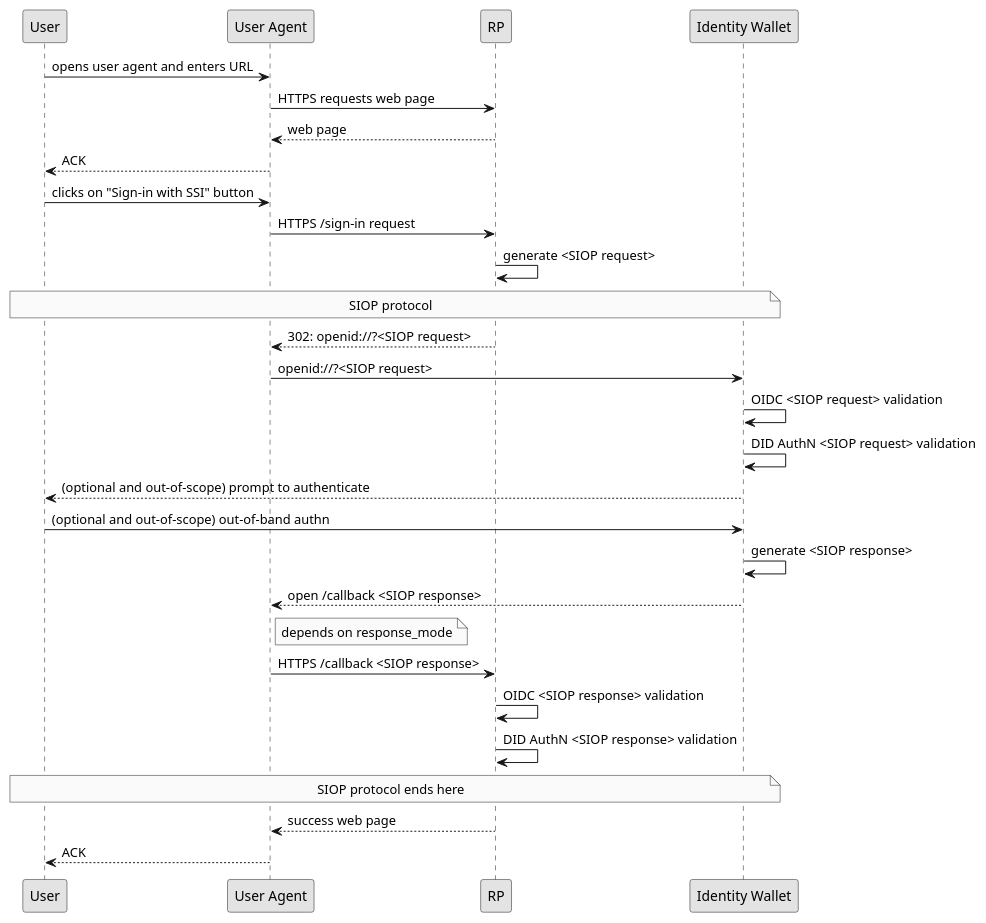
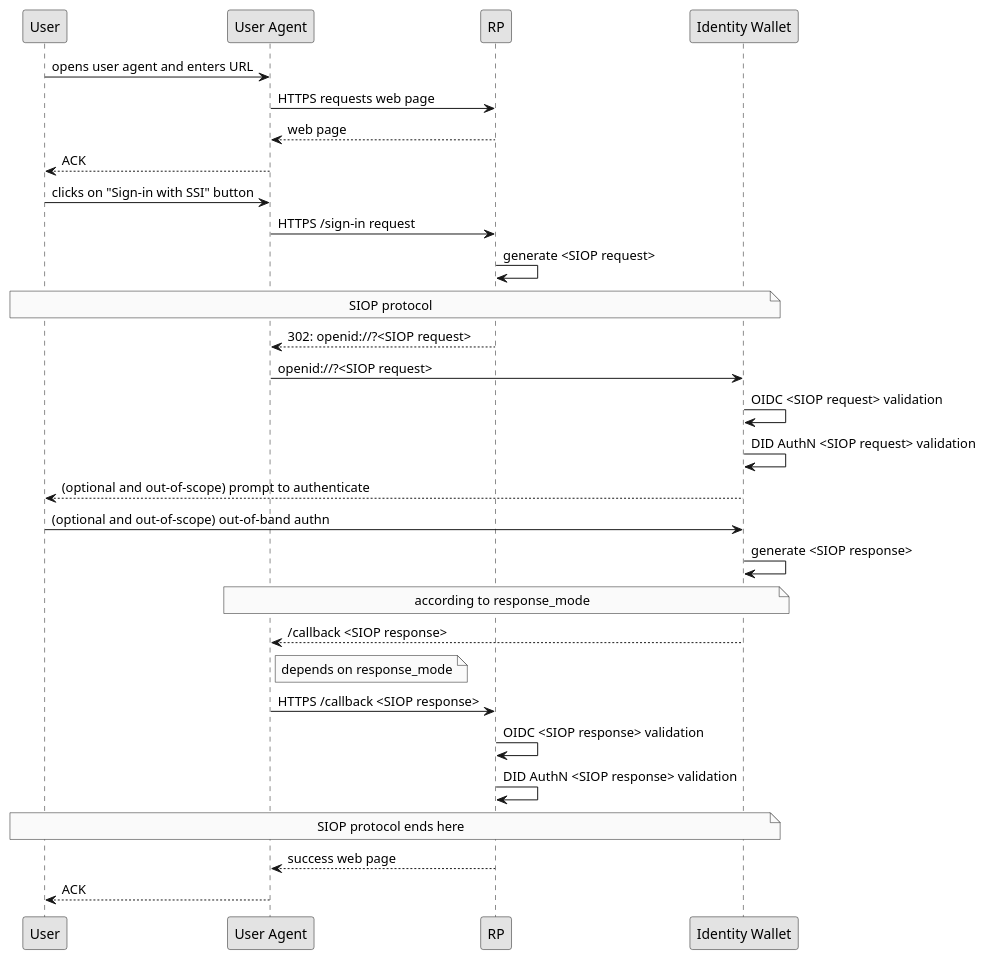
One commit to decentralized-identity/papers changed the diagram in did-authn/siop/assets/did-authn-siop-profile-flow.plantuml. Above: the diagram before and after it, drawn with PlantUML. The commit also changed 2 other files, not shown here.

Commit message:
updated introduction, flow and ux considerations sections after receiving input from the #wg-auth channel

```diff
--- a/did-authn/siop/assets/did-authn-siop-profile-flow.plantuml
+++ b/did-authn/siop/assets/did-authn-siop-profile-flow.plantuml
@@ -1,37 +1,38 @@
 @startuml
 
 skinparam monochrome true
 
 participant User as User
 participant "User Agent" as UA
 participant RP as RP
 participant "Identity Wallet" as IW
 
 User -> UA : opens user agent and enters URL
 UA -> RP : HTTPS requests web page
 RP --> UA : web page
 UA --> User : ACK
 User -> UA : clicks on "Sign-in with SSI" button
 UA -> RP : HTTPS /sign-in request
 RP -> RP : generate <SIOP request>
 
 Note over User, IW: SIOP protocol
 RP --> UA : 302: openid://?<SIOP request>
 UA -> IW :  openid://?<SIOP request>
 IW -> IW : OIDC <SIOP request> validation
 IW -> IW : DID AuthN <SIOP request> validation
 IW --> User : (optional and out-of-scope) prompt to authenticate
 User -> IW : (optional and out-of-scope) out-of-band authn
 IW -> IW : generate <SIOP response>
-IW --> UA : open /callback <SIOP response>
+Note over IW, UA: according to response_mode
+IW --> UA : /callback <SIOP response>
 
 Note right of UA: depends on response_mode
 UA -> RP : HTTPS /callback <SIOP response>
 RP -> RP : OIDC <SIOP response> validation
 RP -> RP : DID AuthN <SIOP response> validation
 
 Note over User, IW: SIOP protocol ends here
 
 RP --> UA : success web page
 UA --> User : ACK
 @enduml
```
